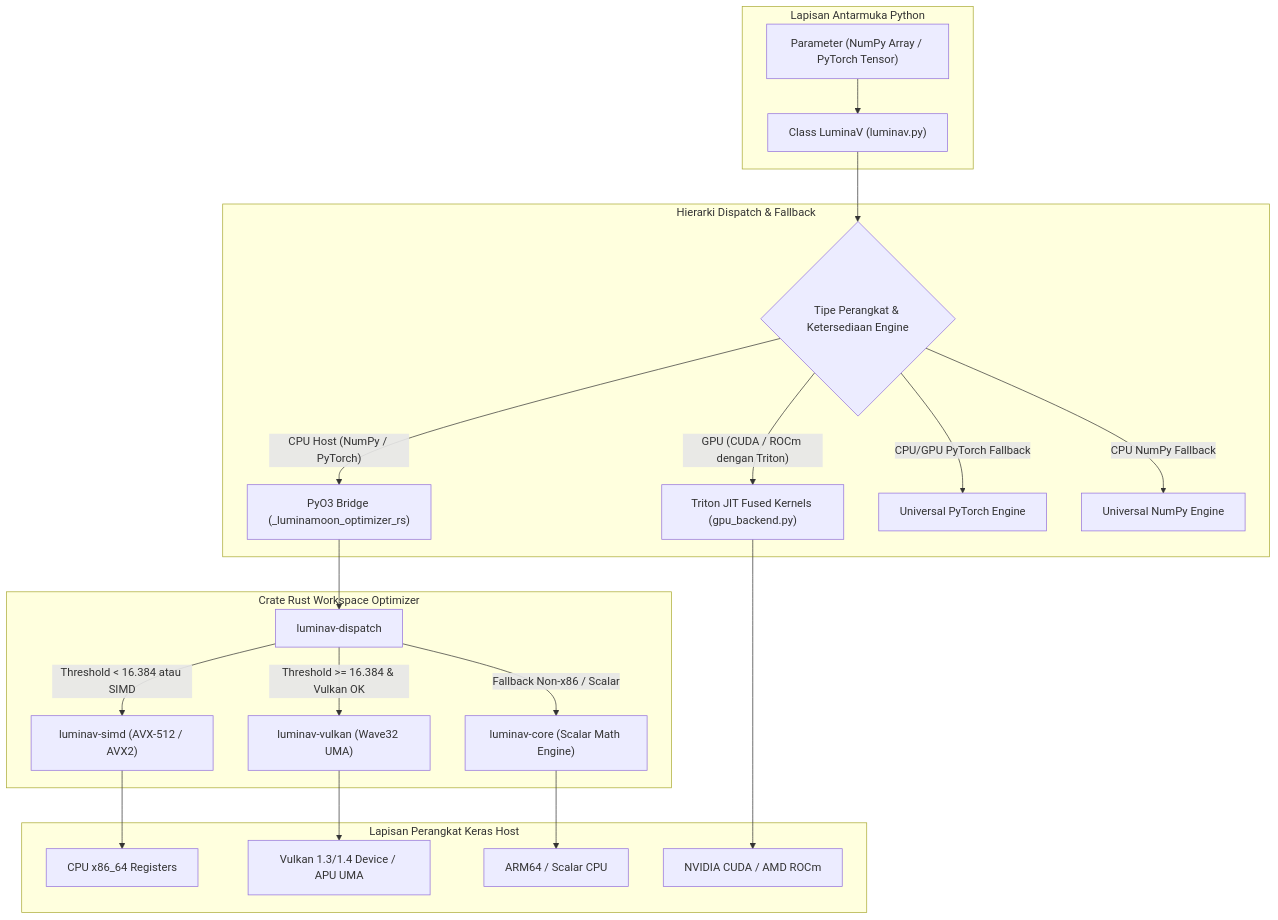
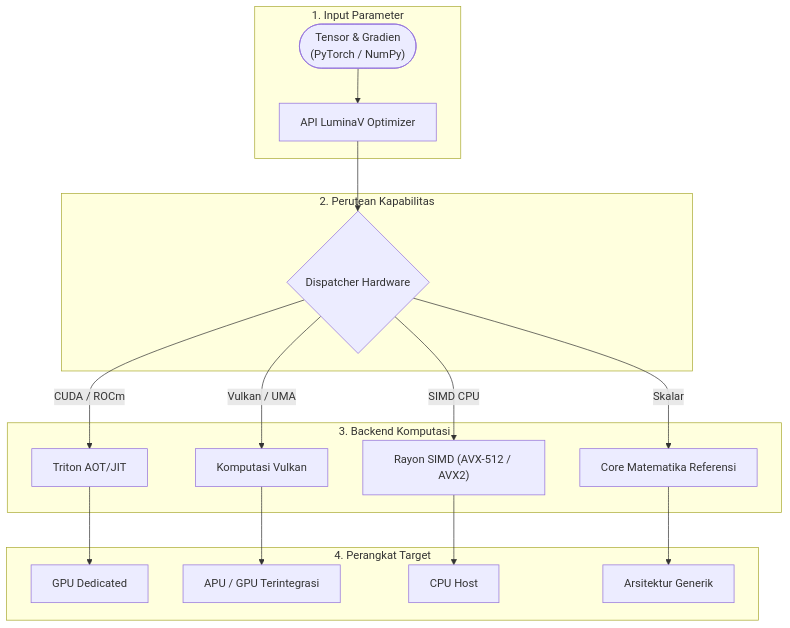
One commit to cloverx-id/luminamoon changed the first of 2 diagrams in docs/id/04_architecture_and_hardware.md. Above: the diagram before and after it, drawn with Mermaid. The commit also changed other lines of this file and 33 other files, not shown here.

Commit message:
change diagram style

````diff
--- a/docs/id/04_architecture_and_hardware.md
+++ b/docs/id/04_architecture_and_hardware.md
@@ -9,31 +9,24 @@
 ```mermaid
 flowchart TD
-    subgraph PythonLayer["Lapisan Antarmuka Python"]
-        InputParams["Parameter (NumPy Array / PyTorch Tensor)"]
-        LuminaVClass["Class LuminaV (luminav.py)"]
-        InputParams --> LuminaVClass
+    subgraph Inputs["1. Input Parameter"]
+        Params(["Tensor & Gradien\n(PyTorch / NumPy)"]) --> API["API LuminaV Optimizer"]
     end
 
-    subgraph DispatchHierarchy["Hierarki Dispatch & Fallback"]
-        LuminaVClass --> Decision{"Tipe Perangkat & Ketersediaan Engine"}
-        
-        Decision -->|"CPU Host (NumPy / PyTorch)"| NativeFFI["PyO3 Bridge (_luminamoon_optimizer_rs)"]
-        Decision -->|"GPU (CUDA / ROCm dengan Triton)"| TritonEngine["Triton JIT Fused Kernels (gpu_backend.py)"]
-        Decision -->|"CPU/GPU PyTorch Fallback"| TorchFallback["Universal PyTorch Engine"]
-        Decision -->|"CPU NumPy Fallback"| NumpyFallback["Universal NumPy Engine"]
+    subgraph Routing["2. Perutean Kapabilitas"]
+        API --> Dispatcher{"Dispatcher Hardware"}
     end
 
-    subgraph RustWorkspace["Crate Rust Workspace Optimizer"]
-        NativeFFI --> DispatchCrate["luminav-dispatch"]
-        DispatchCrate -->|"Threshold < 16.384 atau SIMD"| SimdCrate["luminav-simd (AVX-512 / AVX2)"]
-        DispatchCrate -->|"Threshold >= 16.384 & Vulkan OK"| VulkanCrate["luminav-vulkan (Wave32 UMA)"]
-        DispatchCrate -->|"Fallback Non-x86 / Scalar"| CoreCrate["luminav-core (Scalar Math Engine)"]
+    subgraph Backends["3. Backend Komputasi"]
+        Dispatcher -->|"CUDA / ROCm"| Triton["Triton AOT/JIT"]
+        Dispatcher -->|"Vulkan / UMA"| Vulkan["Komputasi Vulkan"]
+        Dispatcher -->|"SIMD CPU"| SIMD["Rayon SIMD (AVX-512 / AVX2)"]
+        Dispatcher -->|"Skalar"| Scalar["Core Matematika Referensi"]
     end
 
-    subgraph HardwareLayer["Lapisan Perangkat Keras Host"]
-        SimdCrate --> CPUCore["CPU x86_64 Registers"]
-        VulkanCrate --> VulkanDevice["Vulkan 1.3/1.4 Device / APU UMA"]
-        CoreCrate --> ARMCPU["ARM64 / Scalar CPU"]
-        TritonEngine --> DedicatedGPU["NVIDIA CUDA / AMD ROCm"]
+    subgraph Targets["4. Perangkat Target"]
+        Triton --> DevGPU["GPU Dedicated"]
+        Vulkan --> DevUMA["APU / GPU Terintegrasi"]
+        SIMD --> DevCPU["CPU Host"]
+        Scalar --> DevGeneric["Arsitektur Generik"]
     end
 ```
````
